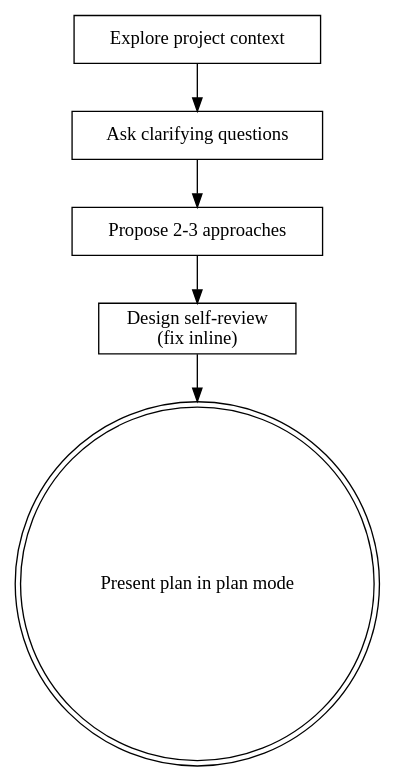
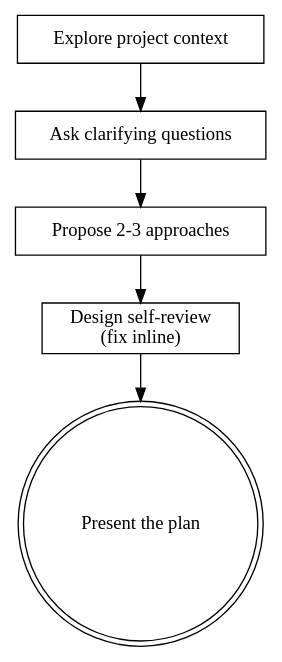
Before and after one commit to kunimitaiyoh/home-server: the diagram in nix/home/.agents/skills/brainstorming/SKILL.md, drawn with Graphviz. The commit also changed other lines of this file and 6 other files, not shown here.

````diff
--- a/nix/home/.agents/skills/brainstorming/SKILL.md
+++ b/nix/home/.agents/skills/brainstorming/SKILL.md
@@ -33,14 +33,14 @@
 ```dot
 digraph brainstorming {
     "Explore project context" [shape=box];
     "Ask clarifying questions" [shape=box];
     "Propose 2-3 approaches" [shape=box];
     "Design self-review\n(fix inline)" [shape=box];
-    "Present plan in plan mode" [shape=doublecircle];
+    "Present the plan" [shape=doublecircle];
 
     "Explore project context" -> "Ask clarifying questions";
     "Ask clarifying questions" -> "Propose 2-3 approaches";
     "Propose 2-3 approaches" -> "Design self-review\n(fix inline)";
-    "Design self-review\n(fix inline)" -> "Present plan in plan mode";
+    "Design self-review\n(fix inline)" -> "Present the plan";
 }
 ```
````
